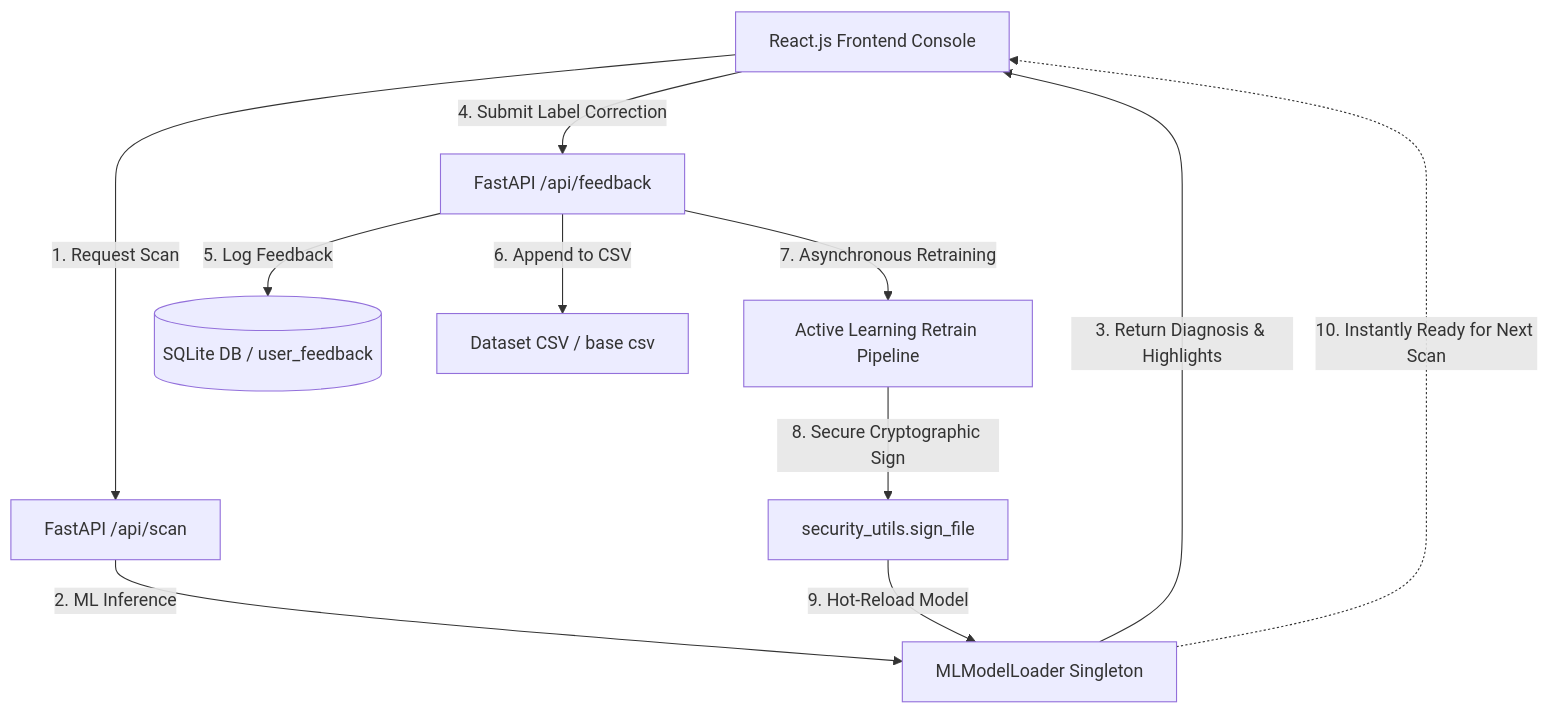
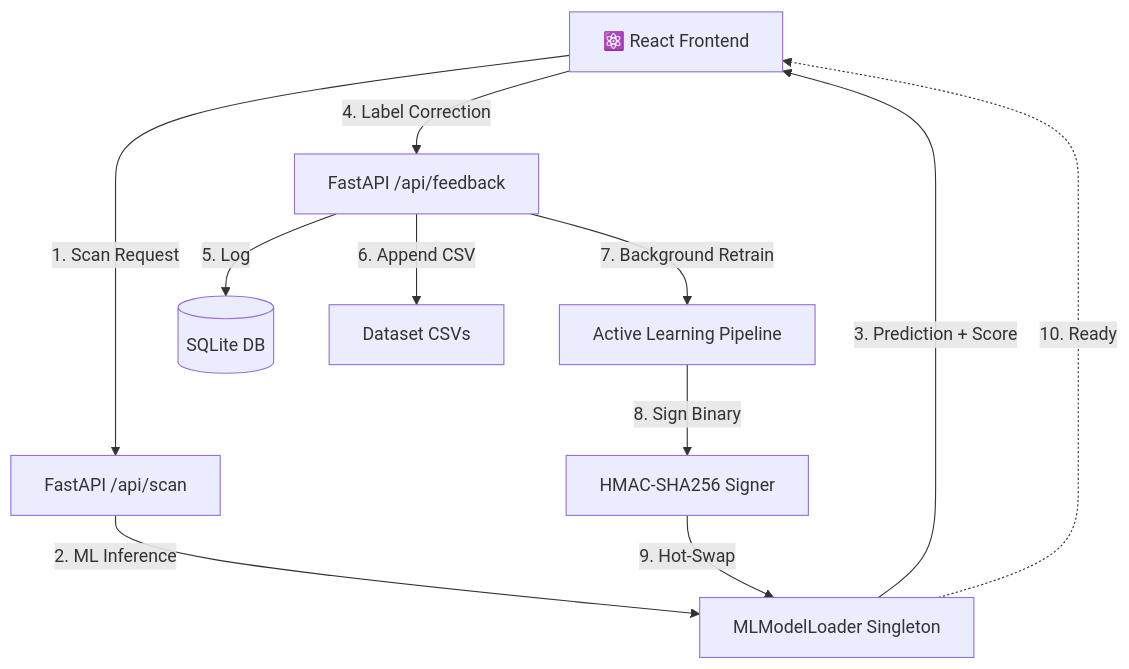
The diagram in README.md (vijaymahes9080/fraud_detection_using_ML_NLP), drawn with Mermaid before and after one commit. The commit also changed other lines of this file and 3 other files, not shown here.

````diff
--- a/README.md
+++ b/README.md
@@ -11,13 +46,13 @@
 ```mermaid
 graph TD
-    User[React.js Frontend Console] -->|1. Request Scan| API_Scan[FastAPI /api/scan]
-    API_Scan -->|2. ML Inference| Loader[MLModelLoader Singleton]
-    Loader -->|3. Return Diagnosis & Highlights| User
-    User -->|4. Submit Label Correction| API_Feedback[FastAPI /api/feedback]
-    API_Feedback -->|5. Log Feedback| SQLite[(SQLite DB / user_feedback)]
-    API_Feedback -->|6. Append to CSV| CSV[Dataset CSV / base csv]
-    API_Feedback -->|7. Asynchronous Retraining| Retrain[Active Learning Retrain Pipeline]
-    Retrain -->|8. Secure Cryptographic Sign| Signer[security_utils.sign_file]
-    Signer -->|9. Hot-Reload Model| Loader
-    Loader -.->|10. Instantly Ready for Next Scan| User
+    User[⚛️ React Frontend] -->|1. Scan Request| API[FastAPI /api/scan]
+    API -->|2. ML Inference| Loader[MLModelLoader Singleton]
+    Loader -->|3. Prediction + Score| User
+    User -->|4. Label Correction| Feedback[FastAPI /api/feedback]
+    Feedback -->|5. Log| SQLite[(SQLite DB)]
+    Feedback -->|6. Append CSV| CSV[Dataset CSVs]
+    Feedback -->|7. Background Retrain| Retrain[Active Learning Pipeline]
+    Retrain -->|8. Sign Binary| Signer[HMAC-SHA256 Signer]
+    Signer -->|9. Hot-Swap| Loader
+    Loader -.->|10. Ready| User
 ```
````
